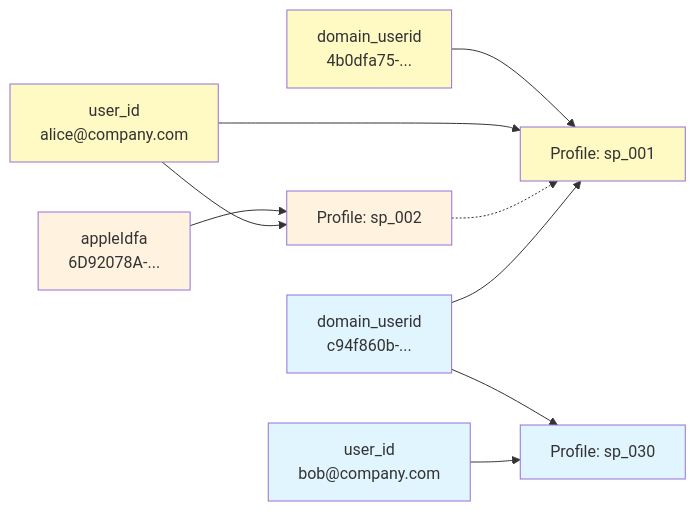
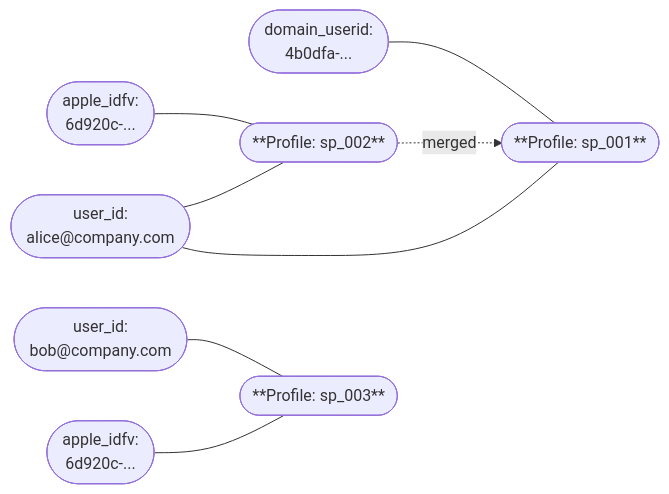
One commit to snowplow/documentation changed the fifth of 9 diagrams in docs/identities/concepts/index.md. Above: the diagram before and after it, drawn with Mermaid. The commit also changed other lines of this file and 2 other files, not shown here.

````diff
--- a/docs/identities/concepts/index.md
+++ b/docs/identities/concepts/index.md
@@ -172,38 +143,21 @@
 ```mermaid
 graph LR
-    BobA["domain_userid
-    c94f860b-..."]
-    BobB["user_id
-    bob@company.com"]
-    BobC["Profile: sp_030"]
+    A(["domain_userid:<br/>4b0dfa-..."])
+    B(["user_id:<br/>alice@company.com"])
+    C1(["apple_idfv:<br/>6d920c-..."])
+    P1(["**Profile: sp_001**"])
+    P2(["**Profile: sp_002**"])
 
-    BobA --> BobC
-    BobB --> BobC
+    A --- P1
+    B --- P1
+    C1 --- P2
+    B --- P2
+    P2 -. merged .-> P1
 
-    style BobA fill:#e1f5fe
-    style BobB fill:#e1f5fe
-    style BobC fill:#e1f5fe
+    C2(["apple_idfv:<br/>6d920c-..."])
+    BobB(["user_id:<br/>bob@company.com"])
+    BobC(["**Profile: sp_003**"])
 
-    A["domain_userid
-    4b0dfa75-..."]
-    B["user_id
-    alice@company.com"]
-    C["appleIdfa
-    6D92078A-..."]
-    P1["Profile: sp_001"]
-    P2["Profile: sp_002"]
-
-    A --> P1
-    B --> P1
-    C --> P2
-    B --> P2
-    P2 -.-> P1
-
-    BobA --> P1
-
-    style A fill:#fff9c4
-    style B fill:#fff9c4
-    style C fill:#fff3e0
-    style P1 fill:#fff9c4
-    style P2 fill:#fff3e0
+    C2 --- BobC
+    BobB --- BobC
 ```
````
